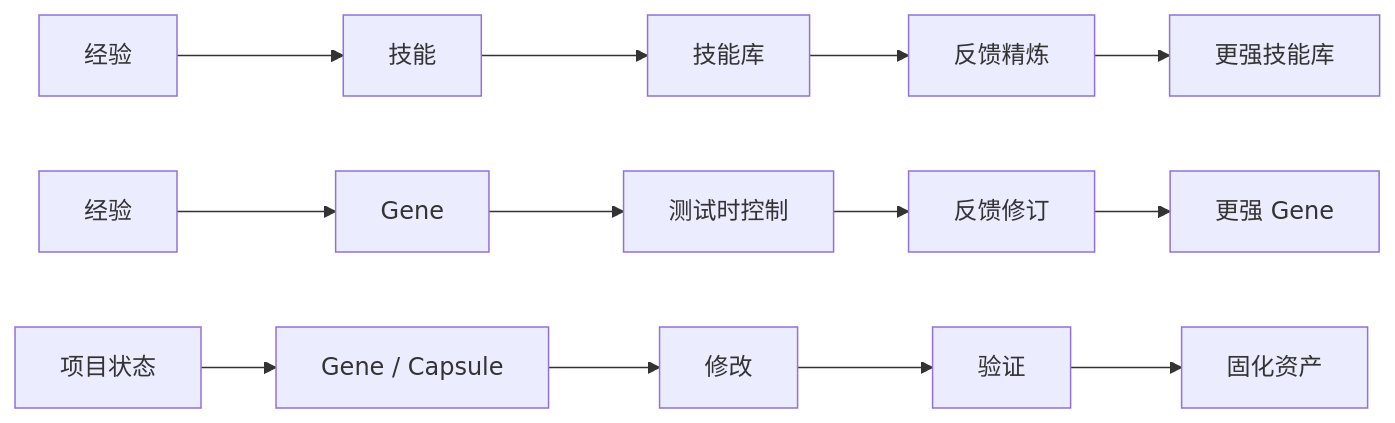
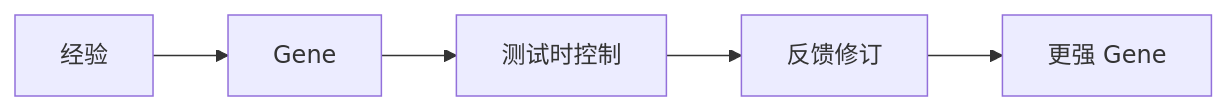
Before and after one commit to pofossette/guidebooks: the tenth of 11 diagrams in docs/agent-engineering/self-evolve/路线总览.md, drawn with Mermaid. The commit also changed other lines of this file and 3 other files, not shown here.

````diff
--- a/docs/agent-engineering/self-evolve/路线总览.md
+++ b/docs/agent-engineering/self-evolve/路线总览.md
@@ -113,17 +170,7 @@
 ```mermaid
 flowchart LR
-    A1[经验] --> B1[技能]
-    B1 --> C1[技能库]
-    C1 --> D1[反馈精炼]
-    D1 --> E1[更强技能库]
-
-    A2[经验] --> B2[Gene]
-    B2 --> C2[测试时控制]
-    C2 --> D2[反馈修订]
-    D2 --> E2[更强 Gene]
-
-    A3[项目状态] --> B3[Gene / Capsule]
-    B3 --> C3[修改]
-    C3 --> D3[验证]
-    D3 --> E3[固化资产]
+    A3[经验] --> B3[Gene]
+    B3 --> C3[测试时控制]
+    C3 --> D3[反馈修订]
+    D3 --> E3[更强 Gene]
 ```
````
